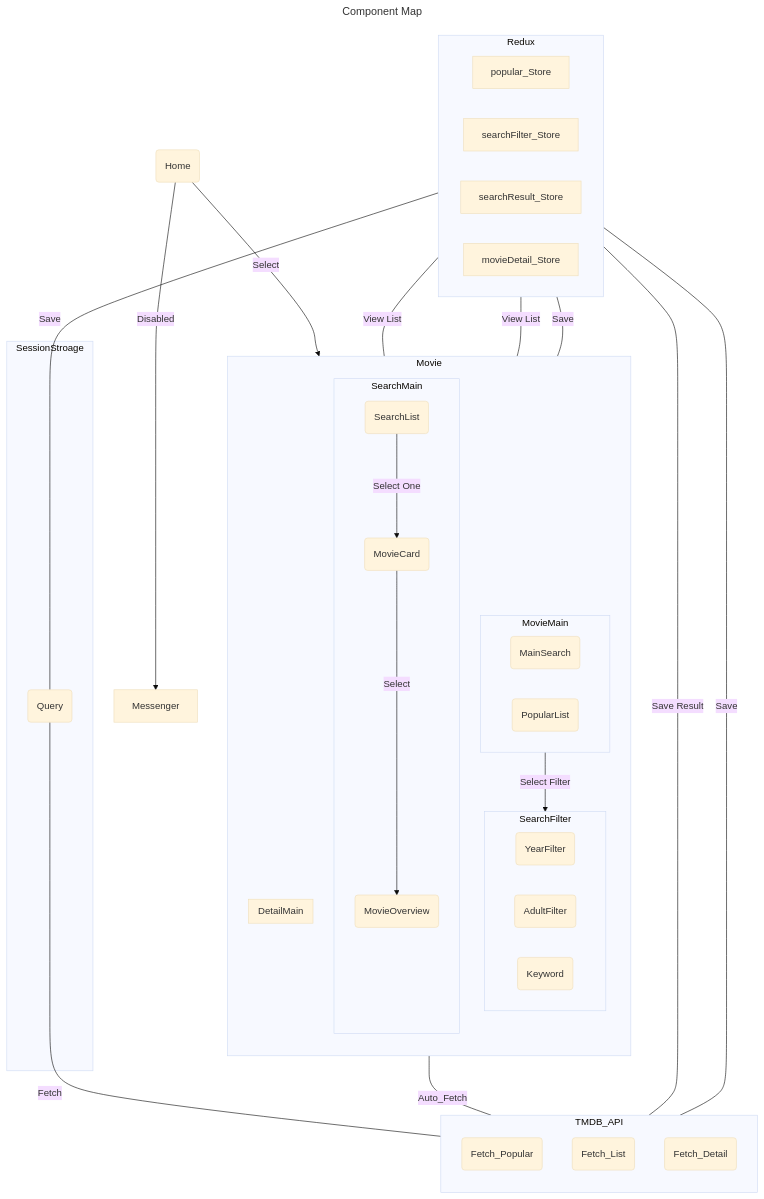
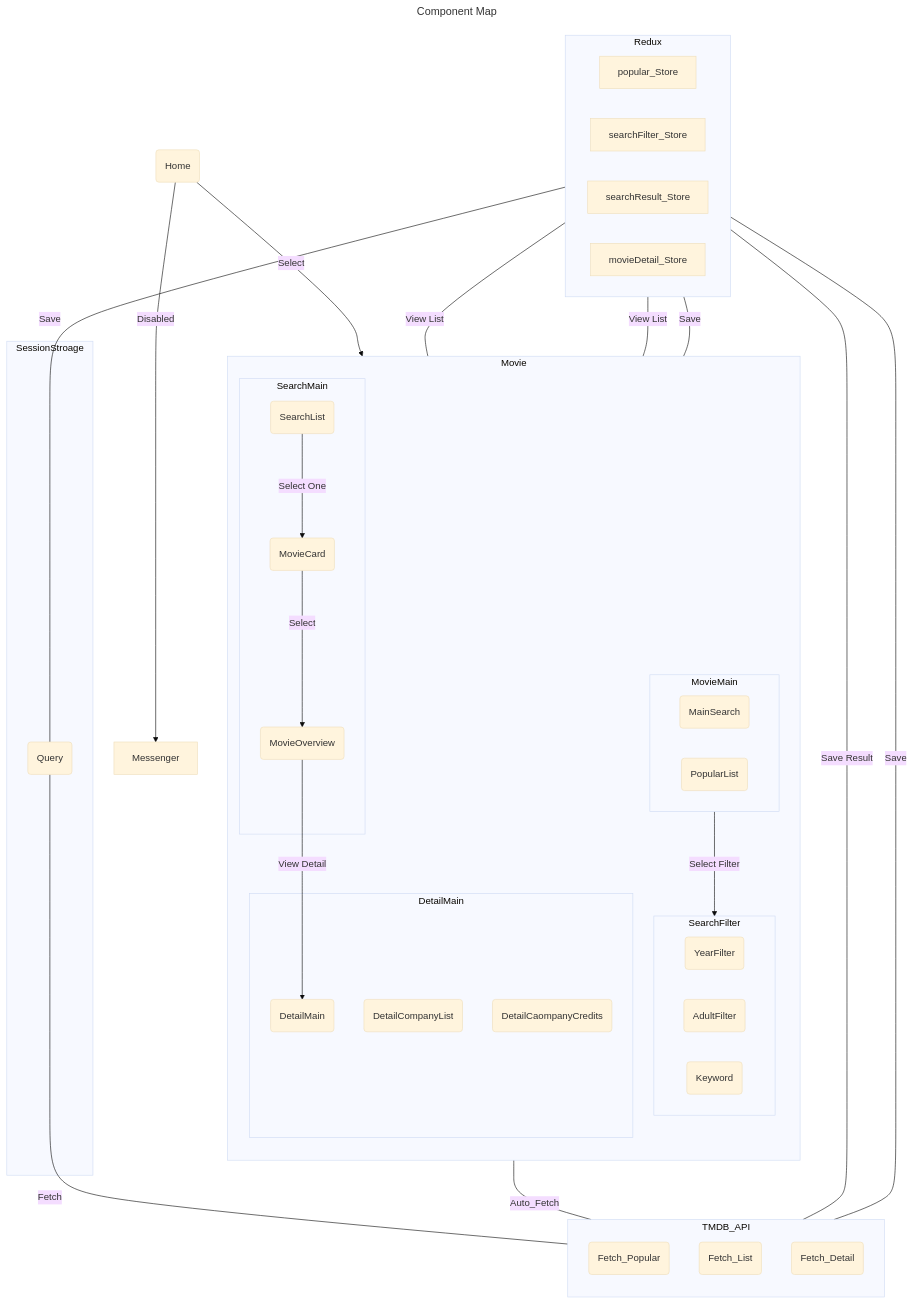
One commit to BYSooooo/Next_Template changed the diagram in README.md. Above: the diagram before and after it, drawn with Mermaid (base theme).

Commit message:
[231011] Modify ReadMe

````diff
--- a/README.md
+++ b/README.md
@@ -2,47 +2,50 @@
 ```mermaid
 ---
 title : Component Map
 ---
 flowchart TB
     home(Home)
     subgraph Movie
         direction TB
         subgraph MovieMain
             direction LR
             mainsearch(MainSearch)
             popularlist(PopularList)
         end
         subgraph SearchFilter
             sf_year(YearFilter)
             sf_adult(AdultFilter)
             sf_keyword(Keyword)
         end
         subgraph SearchMain
             sm_list(SearchList) --->|Select One|sm_card(MovieCard) --->|Select|sm_overview(MovieOverview)
         end
         subgraph DetailMain
-
+            dm_detail(DetailMain)
+            dm_company(DetailCompanyList)
+            dm_credits(DetailCaompanyCredits)
         end
     end
     subgraph TMDB_API
         direction TB
         f_popular(Fetch_Popular)
         f_search(Fetch_List)
         f_detail(Fetch_Detail)
     end
     subgraph SessionStroage
         s_query(Query)
     end
     subgraph Redux
         direction LR
         r_popular[popular_Store]
         r_search[searchFilter_Store]
         r_result[searchResult_Store]
         r_detail[movieDetail_Store]
     end
 home -->|Select|Movie
 home -->|Disabled|Messenger
 Movie ---|Auto_Fetch|f_popular ---|Save Result|r_popular ---|View List|popularlist
 mainsearch -->|Select Filter|SearchFilter --- |Save|r_search ---|Save|s_query
 s_query ---|Fetch|f_search ---|Save|r_result ---|View List|sm_list
+sm_overview -->|View Detail|dm_detail
 ```
````
